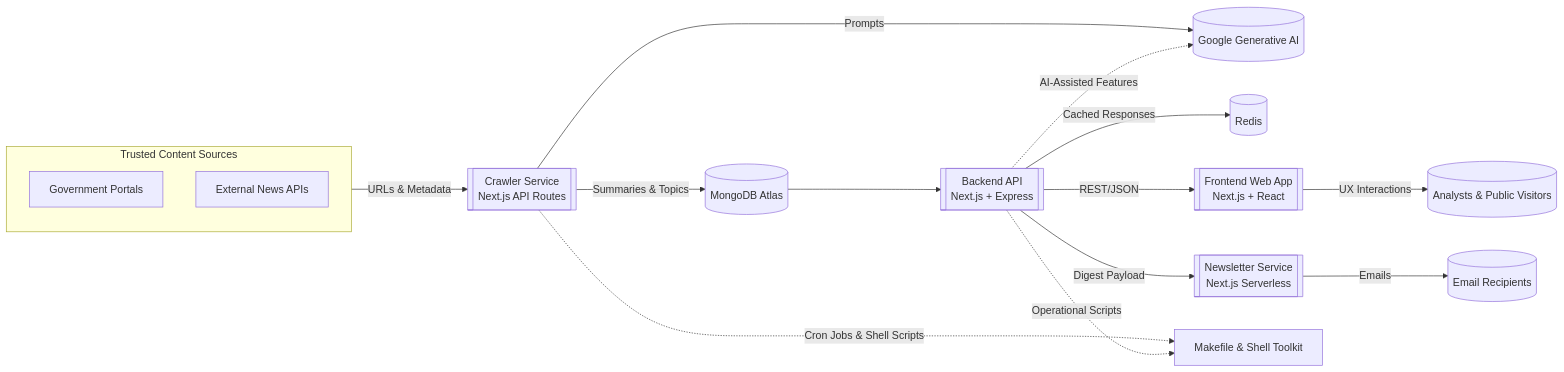
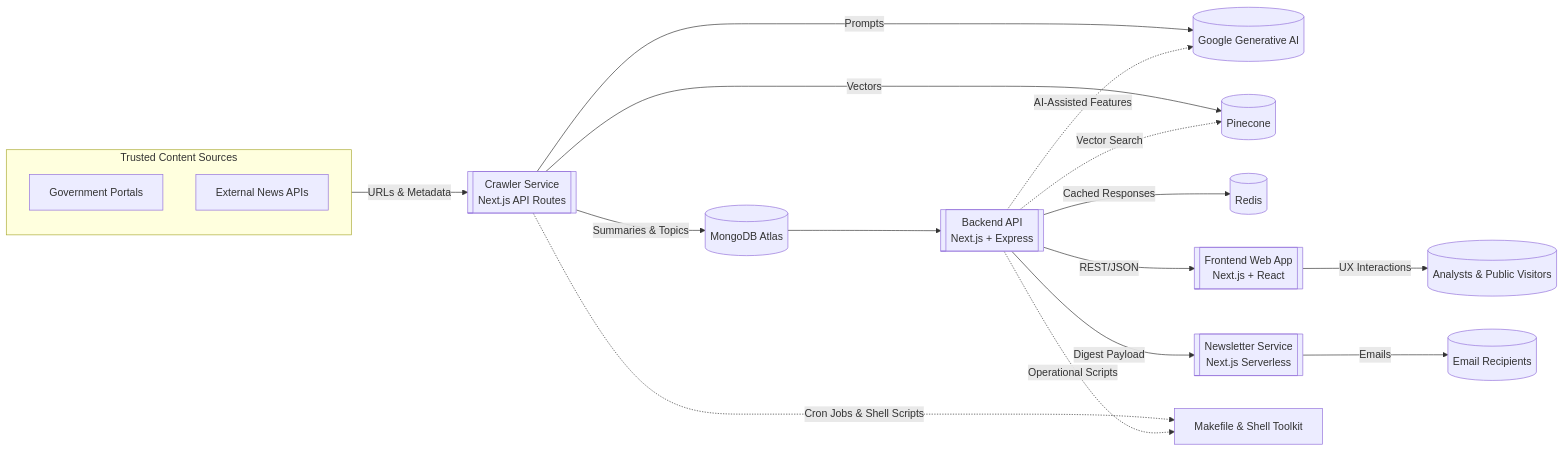
The first of 19 diagrams in ARCHITECTURE.md (hoangsonww/AI-Gov-Content-Curator), drawn with Mermaid before and after one commit. The commit also changed other lines of this file and 20 other files, not shown here.

````diff
--- a/ARCHITECTURE.md
+++ b/ARCHITECTURE.md
@@ -7,22 +33,24 @@
 ```mermaid
 flowchart LR
     subgraph Sources[Trusted Content Sources]
         GovSites[Government Portals]
         NewsAPIs[External News APIs]
     end
 
     Sources -->|URLs & Metadata| Crawler
     Crawler[[Crawler Service<br/>Next.js API Routes]] -->|Summaries & Topics| MongoDB[(MongoDB Atlas)]
     Crawler -->|Prompts| GoogleAI[(Google Generative AI)]
+    Crawler -->|Vectors| Pinecone[(Pinecone)]
 
     MongoDB --> Backend[[Backend API<br/>Next.js + Express]]
     Backend -->|Cached Responses| Redis[(Redis)]
     Backend -->|REST/JSON| Frontend[[Frontend Web App<br/>Next.js + React]]
     Backend -->|Digest Payload| Newsletter[[Newsletter Service<br/>Next.js Serverless]]
     Newsletter -->|Emails| Subscribers[(Email Recipients)]
     Frontend -->|UX Interactions| Users[(Analysts & Public Visitors)]
 
     Crawler -.->|Cron Jobs & Shell Scripts| Automation[Makefile & Shell Toolkit]
     Backend -.->|Operational Scripts| Automation
     Backend -.->|AI-Assisted Features| GoogleAI
+    Backend -.->|Vector Search| Pinecone
 ```
````
